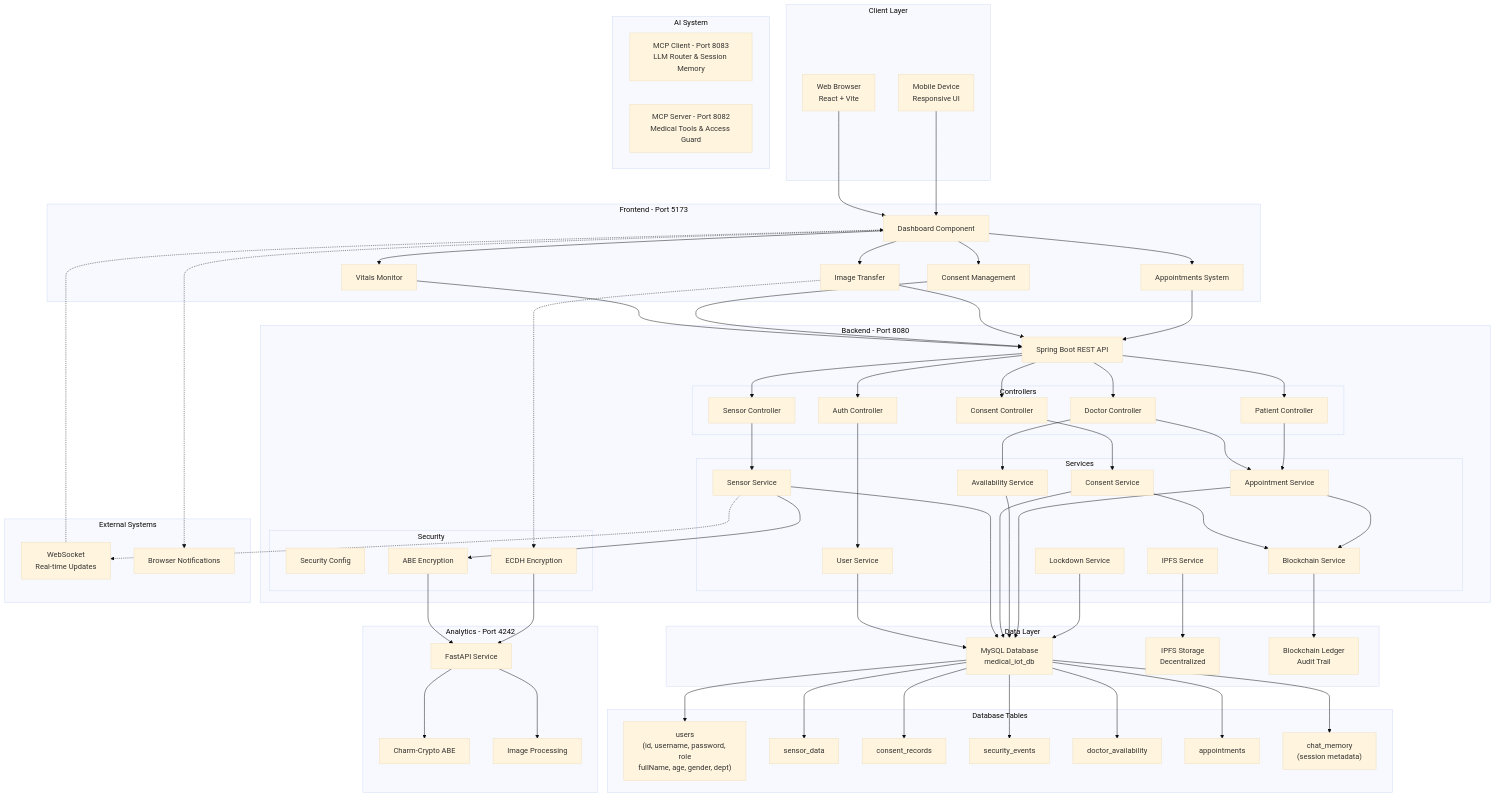
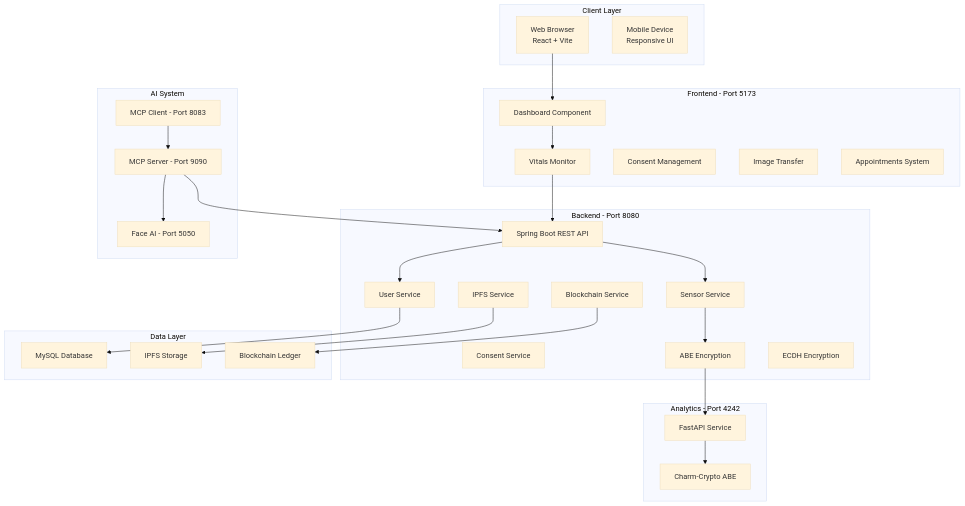
Before and after one commit to malcolm-cephas/Medical-IoT: the seventh of 7 diagrams in README.md, drawn with Mermaid (base theme). The commit also changed other lines of this file and 21 other files, not shown here.

````diff
--- a/README.md
+++ b/README.md
@@ -454,7 +158,6 @@
         WEB["Web Browser<br/>React + Vite"]
         MOBILE["Mobile Device<br/>Responsive UI"]
     end
-
     subgraph "Frontend - Port 5173"
         DASHBOARD["Dashboard Component"]
         VITALS["Vitals Monitor"]
@@ -462,123 +165,43 @@
         IMAGES["Image Transfer"]
         APPT["Appointments System"]
     end
-
     subgraph "Backend - Port 8080"
         API["Spring Boot REST API"]
-        
-        subgraph "Controllers"
-            AUTH["Auth Controller"]
-            SENSOR["Sensor Controller"]
-            CONS["Consent Controller"]
-            DOC["Doctor Controller"]
-            PAT["Patient Controller"]
-        end
-        
-        subgraph "Services"
-            USERSVC["User Service"]
-            SENSVC["Sensor Service"]
-            CONSVC["Consent Service"]
-            DOCAVSVC["Availability Service"]
-            APPTSVC["Appointment Service"]
-            IPFSSVC["IPFS Service"]
-            BLOCKSVC["Blockchain Service"]
-            LOCKSVC["Lockdown Service"]
-        end
-        
-        subgraph "Security"
-            SECCONF["Security Config"]
-            ABE["ABE Encryption"]
-            ECDH["ECDH Encryption"]
-        end
+        USERSVC["User Service"]
+        SENSVC["Sensor Service"]
+        CONSVC["Consent Service"]
+        IPFSSVC["IPFS Service"]
+        BLOCKSVC["Blockchain Service"]
+        ABE["ABE Encryption"]
+        ECDH["ECDH Encryption"]
     end
-    
     subgraph "AI System"
-        MCPCLIENT["MCP Client - Port 8083<br/>LLM Router & Session Memory"]
-        MCPSERVER["MCP Server - Port 8082<br/>Medical Tools & Access Guard"]
+        MCPCLIENT["MCP Client - Port 8083"]
+        MCPSERVER["MCP Server - Port 9090"]
+        FACE["Face AI - Port 5050"]
     end
-
     subgraph "Analytics - Port 4242"
         FASTAPI["FastAPI Service"]
         CHARM["Charm-Crypto ABE"]
-        IMGPROC["Image Processing"]
     end
-
     subgraph "Data Layer"
-        MYSQL["MySQL Database<br/>medical_iot_db"]
-        IPFS["IPFS Storage<br/>Decentralized"]
-        BLOCKCHAIN["Blockchain Ledger<br/>Audit Trail"]
-    end
-
-    subgraph "Database Tables"
-        USERS["users<br/>(id, username, password, role<br/>fullName, age, gender, dept)"]
-        SENSORS["sensor_data"]
-        CONSENTS["consent_records"]
-        SECURITY["security_events"]
-        DOCAVAIL["doctor_availability"]
-        APPOINTMENTS["appointments"]
-        MEMORY["chat_memory<br/>(session metadata)"]
-    end
-
-    subgraph "External Systems"
-        WEBSOCKET["WebSocket<br/>Real-time Updates"]
-        NOTIF["Browser Notifications"]
+        MYSQL["MySQL Database"]
+        IPFS["IPFS Storage"]
+        BLOCKCHAIN["Blockchain Ledger"]
     end
 
     WEB --> DASHBOARD
-    MOBILE --> DASHBOARD
-    
     DASHBOARD --> VITALS
-    DASHBOARD --> CONSENT
-    DASHBOARD --> IMAGES
-    DASHBOARD --> APPT
-    
     VITALS --> API
-    CONSENT --> API
-    IMAGES --> API
-    APPT --> API
-    
-    API --> AUTH
-    API --> SENSOR
-    API --> CONS
-    API --> DOC
-    API --> PAT
-    
-    AUTH --> USERSVC
-    SENSOR --> SENSVC
-    CONS --> CONSVC
-    DOC --> DOCAVSVC
-    DOC --> APPTSVC
-    PAT --> APPTSVC
-    
+    API --> USERSVC
+    API --> SENSVC
     SENSVC --> ABE
-    IMAGES -.-> ECDH
-    CONSVC --> BLOCKSVC
-    APPTSVC --> BLOCKSVC
-    
-    USERSVC --> MYSQL
-    SENSVC --> MYSQL
-    CONSVC --> MYSQL
-    DOCAVSVC --> MYSQL
-    APPTSVC --> MYSQL
-    LOCKSVC --> MYSQL
-    
     ABE --> FASTAPI
-    ECDH --> FASTAPI
     FASTAPI --> CHARM
-    FASTAPI --> IMGPROC
-    
     IPFSSVC --> IPFS
     BLOCKSVC --> BLOCKCHAIN
-    
-    MYSQL --> USERS
-    MYSQL --> SENSORS
-    MYSQL --> CONSENTS
-    MYSQL --> SECURITY
-    MYSQL --> DOCAVAIL
-    MYSQL --> APPOINTMENTS
-    MYSQL --> MEMORY
-    
-    SENSVC -.-> WEBSOCKET
-    WEBSOCKET -.-> DASHBOARD
-    DASHBOARD -.-> NOTIF
+    USERSVC --> MYSQL
+    MCPCLIENT --> MCPSERVER
+    MCPSERVER --> API
+    MCPSERVER --> FACE
 ```
````
